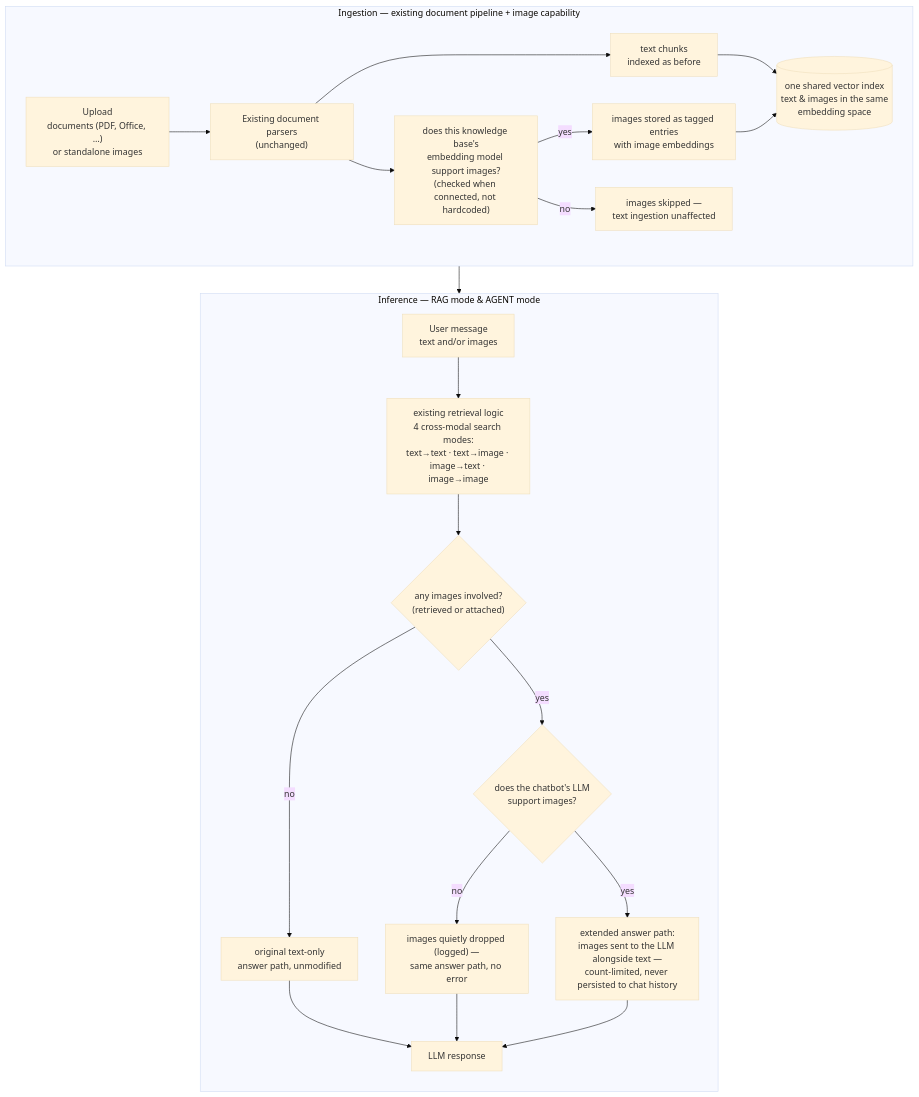
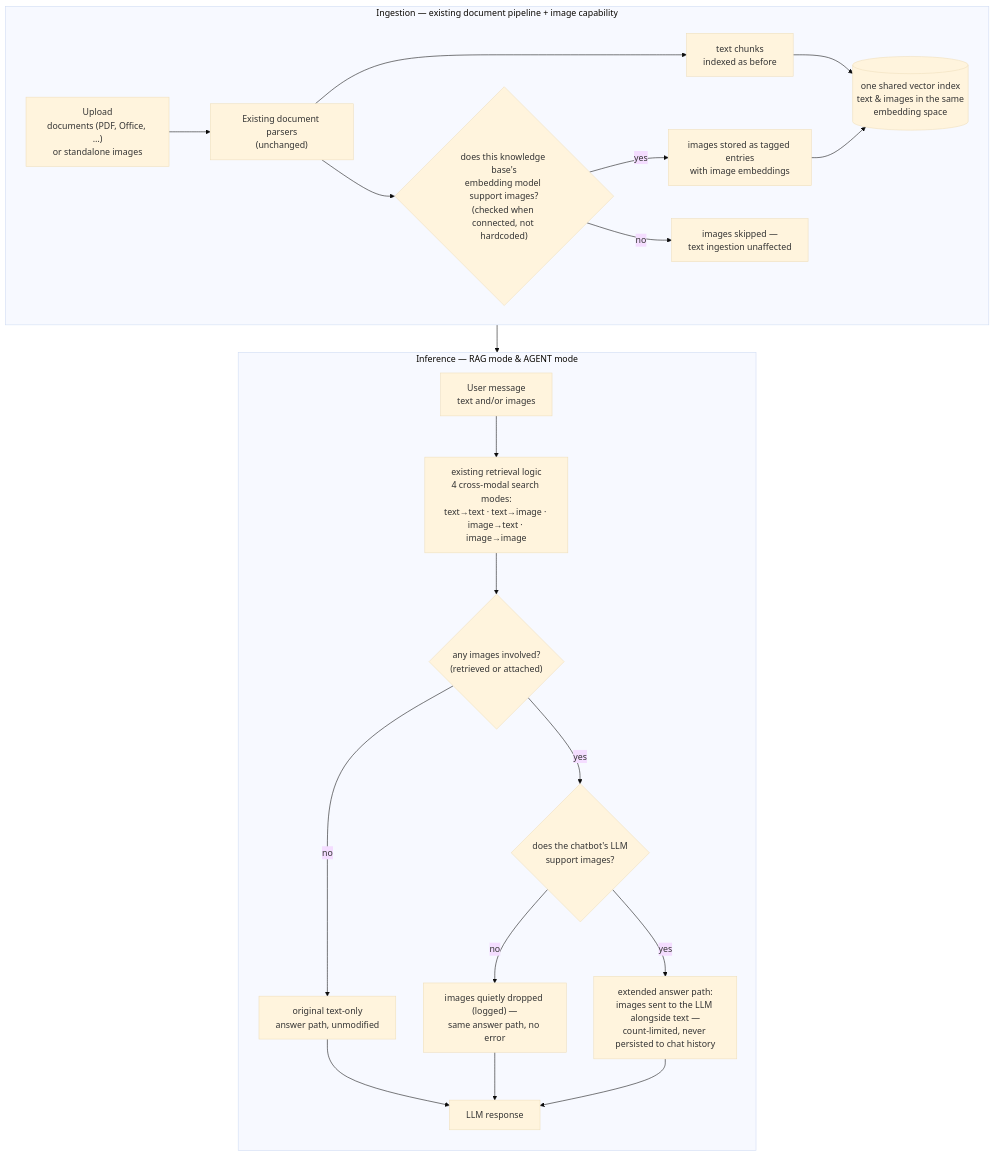
The second of 7 diagrams in src/portfolio/portfolio.md (rst0070/rst0070.github.io), drawn with Mermaid (base theme) before and after one commit.

Commit message:
fix mermaid syntax error

````diff
--- a/src/portfolio/portfolio.md
+++ b/src/portfolio/portfolio.md
@@ -114,28 +114,28 @@
     ```mermaid
     flowchart TB
-        subgraph "Ingestion — existing document pipeline + image capability"
+        subgraph ING["Ingestion — existing document pipeline + image capability"]
             direction LR
             UP["Upload<br/>documents (PDF, Office, …)<br/>or standalone images"] --> RD["Existing document parsers<br/>(unchanged)"]
             RD --> TXT["text chunks<br/>indexed as before"]
-            RD --> G1["does this knowledge base's<br/>embedding model support images?<br/>(checked when connected, not hardcoded)"]
+            RD --> G1{"does this knowledge base's<br/>embedding model support images?<br/>(checked when connected, not hardcoded)"}
             G1 -- yes --> IMG["images stored as tagged entries<br/>with image embeddings"]
             G1 -- no --> NOP["images skipped —<br/>text ingestion unaffected"]
             TXT --> VI[("one shared vector index<br/>text & images in the same<br/>embedding space")]
             IMG --> VI
         end
 
-        subgraph "Inference — RAG mode & AGENT mode"
+        subgraph QRY["Inference — RAG mode & AGENT mode"]
             direction TB
             Q["User message<br/>text and/or images"] --> RET["existing retrieval logic<br/>4 cross-modal search modes:<br/>text→text · text→image · image→text · image→image"]
             RET --> G2{"any images involved?<br/>(retrieved or attached)"}
             G2 -- no --> STOCK["original text-only<br/>answer path, unmodified"]
             G2 -- yes --> G3{"does the chatbot's LLM<br/>support images?"}
             G3 -- no --> SKIP["images quietly dropped (logged) —<br/>same answer path, no error"]
             G3 -- yes --> MM["extended answer path:<br/>images sent to the LLM alongside text —<br/>count-limited, never persisted to chat history"]
             STOCK --> LLM[LLM response]
             SKIP --> LLM
             MM --> LLM
         end
 
         VI --> RET
     ```
````
